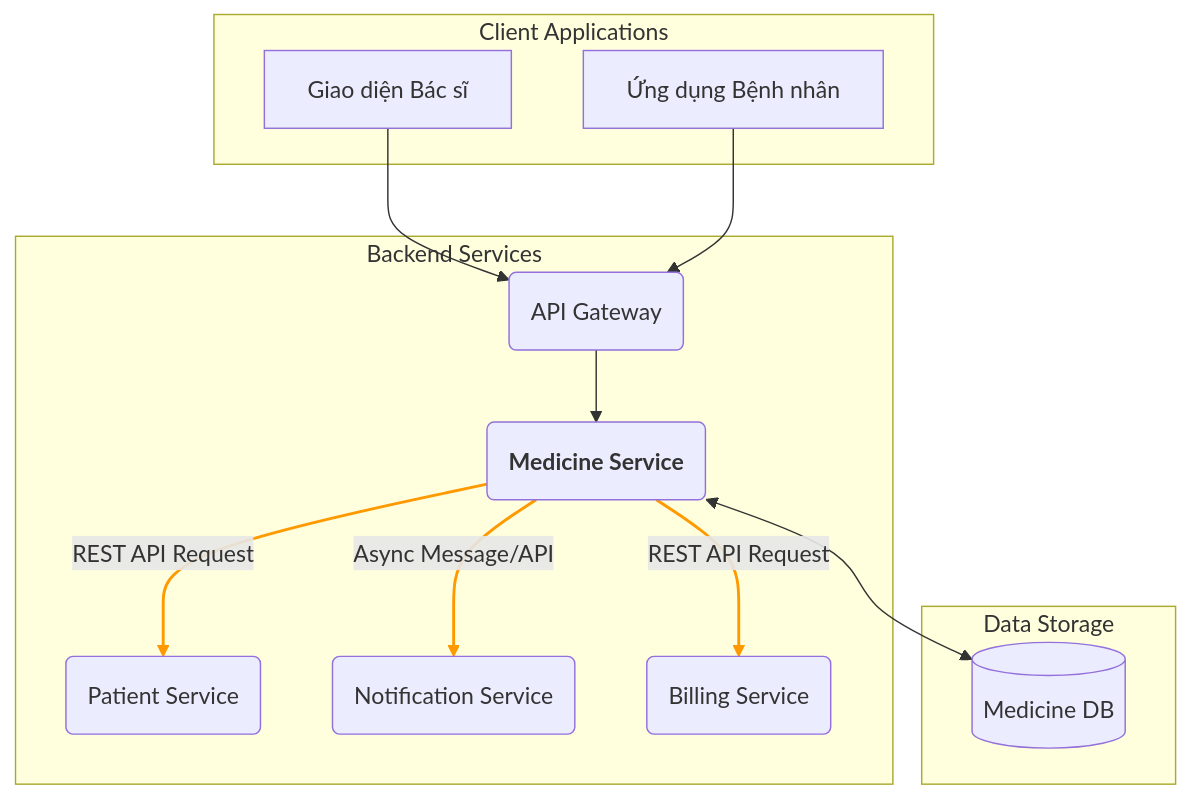
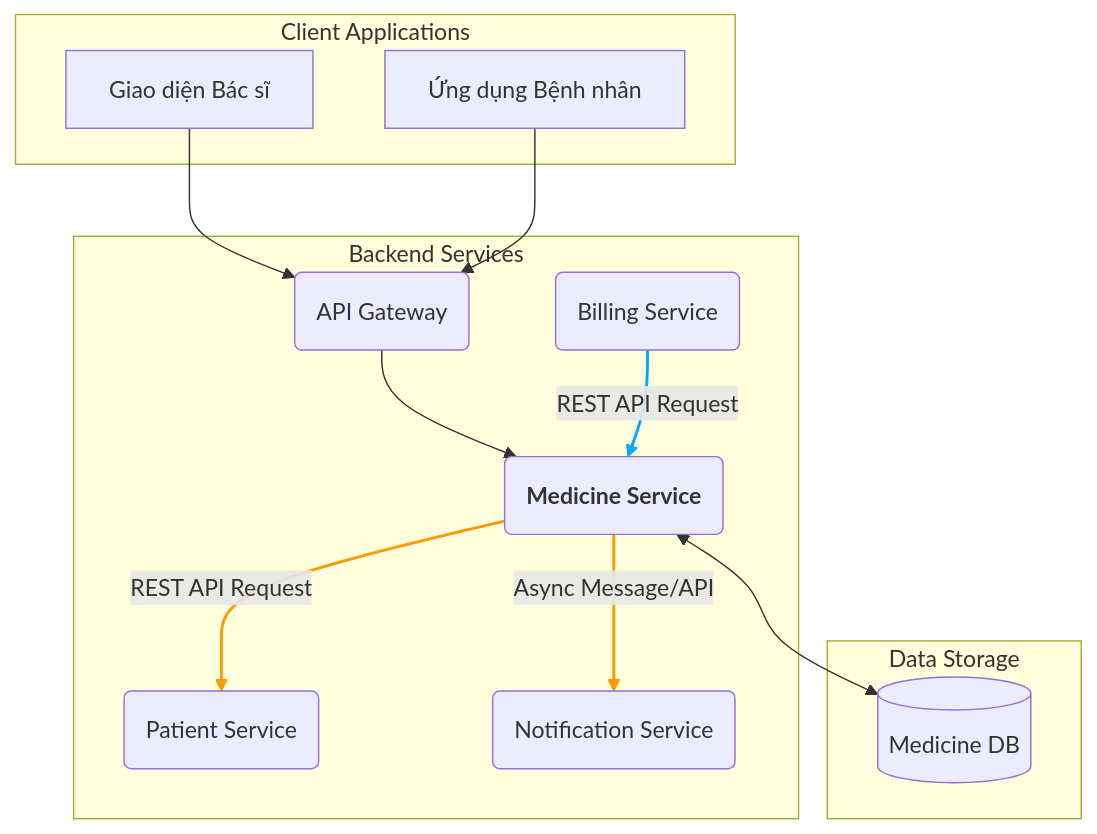
Before and after one commit to smart-healthcare-platform/smart-health-backend: the first of 2 diagrams in medicine/README.md, drawn with Mermaid. The commit also changed other lines of this file, not shown here.

````diff
--- a/medicine/README.md
+++ b/medicine/README.md
@@ -51,32 +51,32 @@
 ```mermaid
 graph TD
     subgraph "Client Applications"
         UI_Doctor[Giao diện Bác sĩ]
         PatientApp[Ứng dụng Bệnh nhân]
     end
 
     subgraph "Backend Services"
         APIGW(API Gateway)
         MedS(<b>Medicine Service</b>)
         PS(Patient Service)
         NS(Notification Service)
         BS(Billing Service)
     end
     
     subgraph "Data Storage"
         MedDB[(Medicine DB)]
     end
 
     UI_Doctor --> APIGW
     PatientApp --> APIGW
     APIGW --> MedS
     
     MedS -->|REST API Request| PS
     MedS -->|Async Message/API| NS
-    MedS -->|REST API Request| BS
+    BS -->|REST API Request| MedS
     MedS <--> MedDB
 
     linkStyle 3 stroke:#ff9900,stroke-width:2px,fill:none;
     linkStyle 4 stroke:#ff9900,stroke-width:2px,fill:none;
-    linkStyle 5 stroke:#ff9900,stroke-width:2px,fill:none;
+    linkStyle 5 stroke:#00aaff,stroke-width:2px,fill:none;
 ```
````
